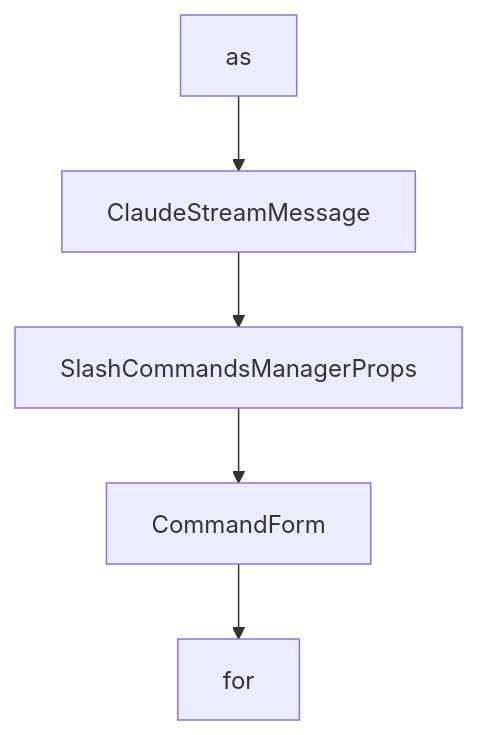
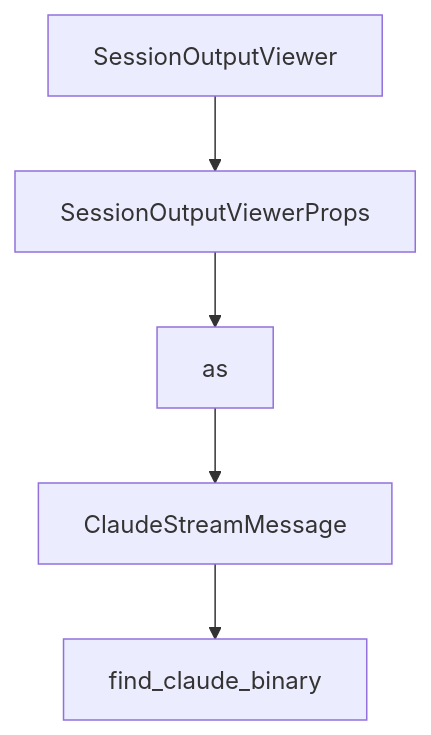
Before and after one commit to johnxie/awesome-code-docs: the diagram in tutorials/opcode-tutorial/07-development-workflow-and-build-from-source.md, drawn with Mermaid. The commit also changed other lines of this file and 1232 other files, not shown here.

````diff
--- a/tutorials/opcode-tutorial/07-development-workflow-and-build-from-source.md
+++ b/tutorials/opcode-tutorial/07-development-workflow-and-build-from-source.md
@@ -219,12 +217,12 @@
 ```mermaid
 flowchart TD
-    A[as]
-    B[ClaudeStreamMessage]
-    C[SlashCommandsManagerProps]
-    D[CommandForm]
-    E[for]
+    A[SessionOutputViewer]
+    B[SessionOutputViewerProps]
+    C[as]
+    D[ClaudeStreamMessage]
+    E[find_claude_binary]
     A --> B
     B --> C
     C --> D
     D --> E
 ```
````
